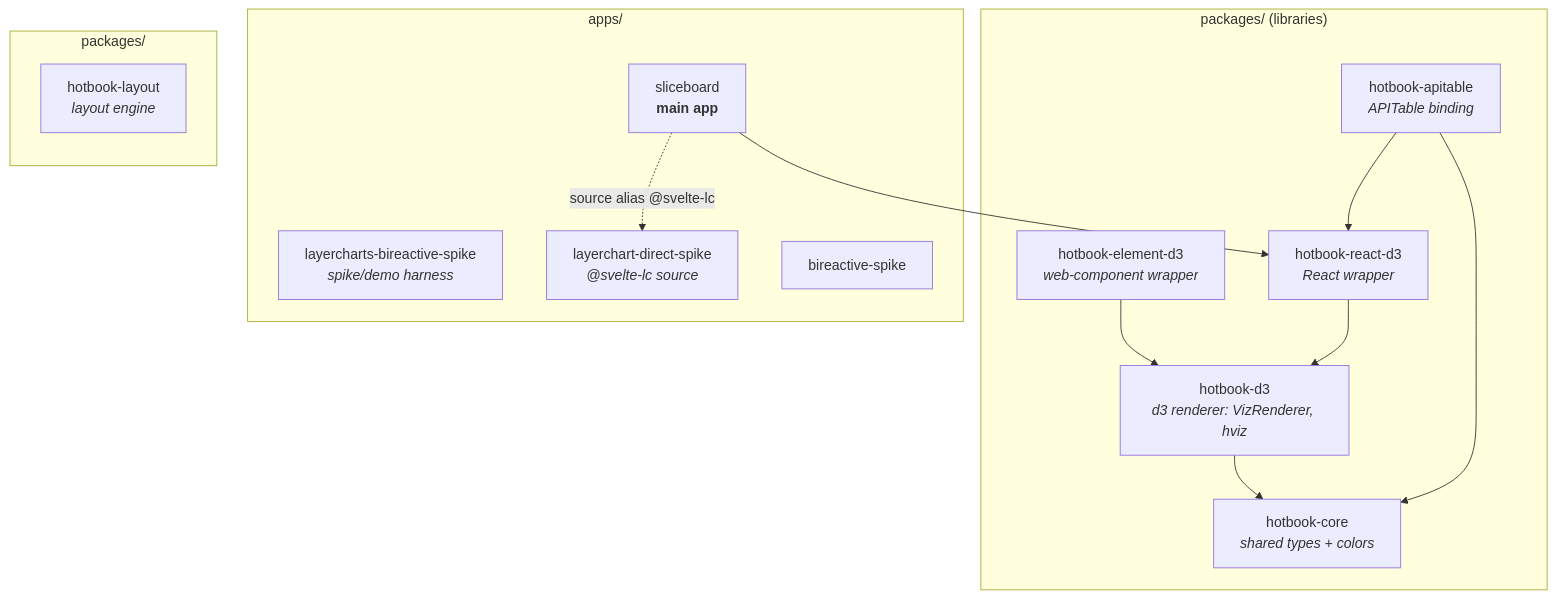
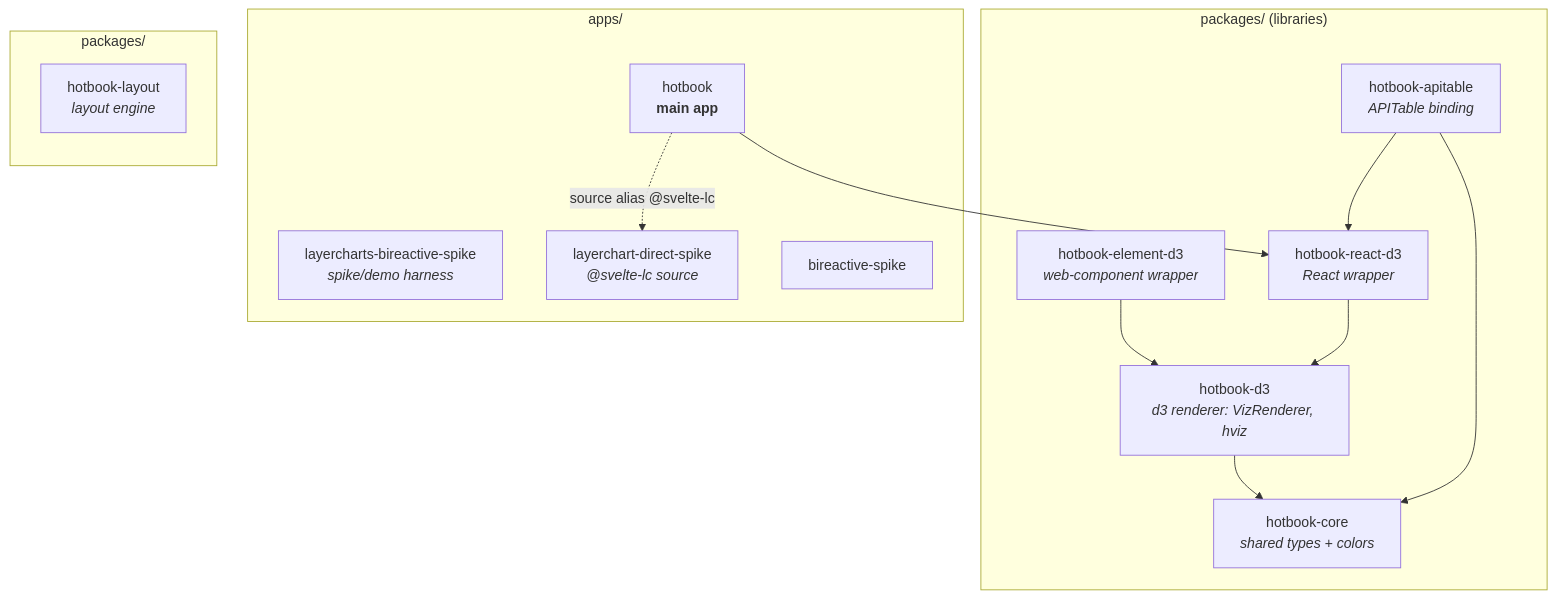
The first of 2 diagrams in wiki/dependencies.md (WinstonFassett/hotbook), drawn with Mermaid before and after one commit. The commit also changed other lines of this file and 43 other files, not shown here.

Commit message:
chore: Rename sliceboard to hotbook throughout codebase

````diff
--- a/wiki/dependencies.md
+++ b/wiki/dependencies.md
@@ -12,30 +12,30 @@
 ```mermaid
 graph TD
   subgraph pkgs["packages/ (libraries)"]
     core["hotbook-core<br/><i>shared types + colors</i>"]
     vanilla["hotbook-d3<br/><i>d3 renderer: VizRenderer, hviz</i>"]
     elem["hotbook-element-d3<br/><i>web-component wrapper</i>"]
     reactd3["hotbook-react-d3<br/><i>React wrapper</i>"]
     apitable["hotbook-apitable<br/><i>APITable binding</i>"]
   end
 
   subgraph apps["apps/"]
-    slice["sliceboard<br/><b>main app</b>"]
+    slice["hotbook<br/><b>main app</b>"]
     brlc["layercharts-bireactive-spike<br/><i>spike/demo harness</i>"]
     sveltelc["layerchart-direct-spike<br/><i>@svelte-lc source</i>"]
     brspike["bireactive-spike"]
   end
 
   subgraph packages["packages/"]
     direction TB
     nativelayout["hotbook-layout<br/><i>layout engine</i>"]
   end
 
   vanilla --> core
   elem --> vanilla
   reactd3 --> vanilla
   apitable --> core
   apitable --> reactd3
   slice --> reactd3
   slice -. "source alias @svelte-lc" .-> sveltelc
 ```
````
